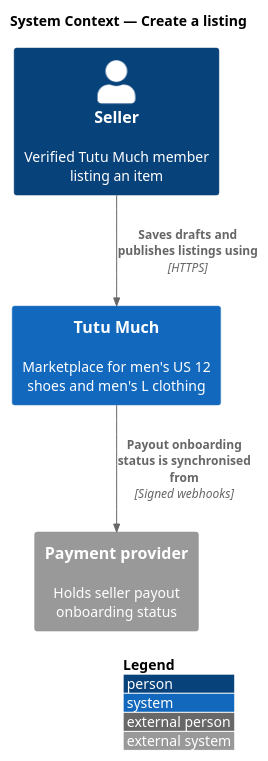
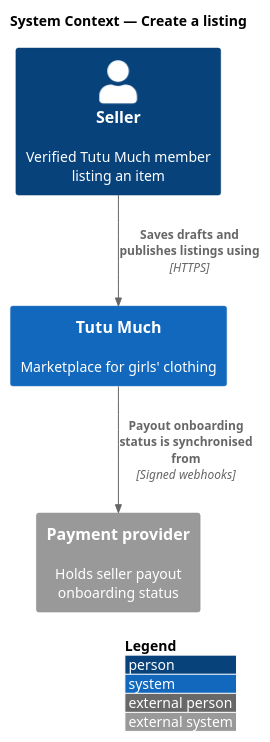
The diagram in docs/detailed-designs/listings/create-listing/diagrams/c4-context.puml (QuinntyneBrown/tutumuch), drawn with PlantUML before and after one commit. The commit also changed 191 other files, not shown here.

First line of the commit message:
Make Tutu Much a marketplace for girls' clothing

```diff
--- a/docs/detailed-designs/listings/create-listing/diagrams/c4-context.puml
+++ b/docs/detailed-designs/listings/create-listing/diagrams/c4-context.puml
@@ -1,12 +1,12 @@
 @startuml
 !include <C4/C4_Context>
 LAYOUT_WITH_LEGEND()
 title System Context — Create a listing
 
 Person(seller, "Seller", "Verified Tutu Much member listing an item")
-System(tutumuch, "Tutu Much", "Marketplace for men's US 12 shoes and men's L clothing")
+System(tutumuch, "Tutu Much", "Marketplace for girls' clothing")
 System_Ext(payments, "Payment provider", "Holds seller payout onboarding status")
 
 Rel(seller, tutumuch, "Saves drafts and publishes listings using", "HTTPS")
 Rel(tutumuch, payments, "Payout onboarding status is synchronised from", "Signed webhooks")
 @enduml
```
